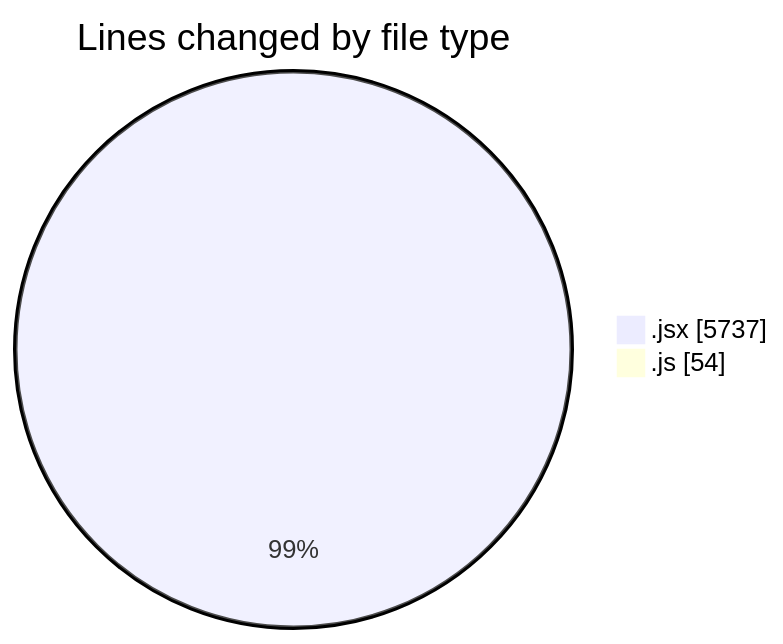
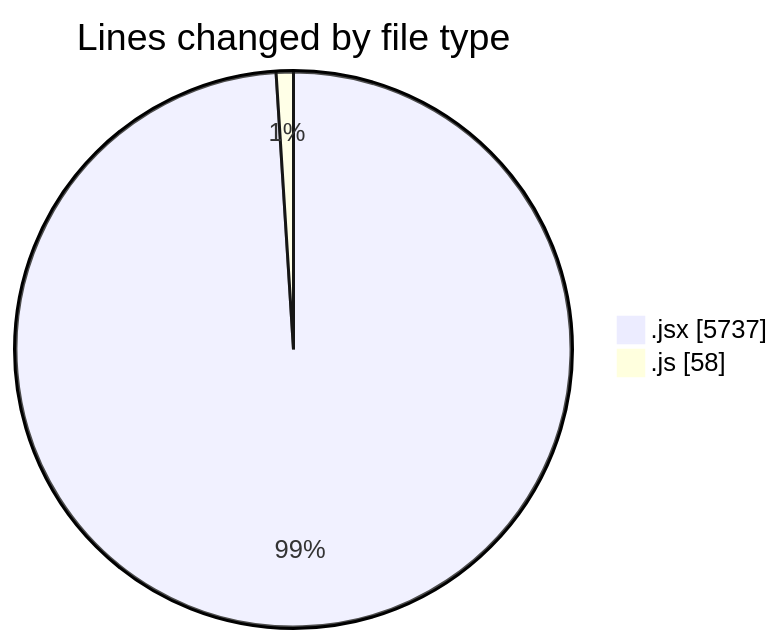
One commit to nxtqubesakshisongat/code-tracking changed the first of 2 diagrams in 2025-06-25/nxtqube_webapp/README.md. Above: the diagram before and after it, drawn with Mermaid. The commit also changed other lines of this file and 1 other file, not shown here.

````diff
--- a/2025-06-25/nxtqube_webapp/README.md
+++ b/2025-06-25/nxtqube_webapp/README.md
@@ -24,6 +24,6 @@
 ```mermaid
 pie showData
 title Lines changed by file type
 ".jsx" : 5737
-".js" : 54
+".js" : 58
 ```
````
